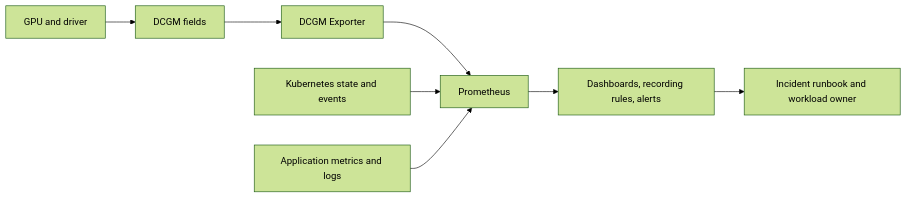
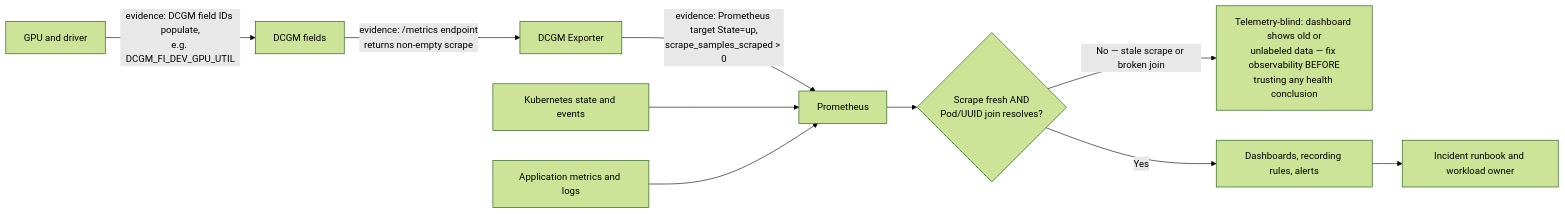
One commit to jithinpnjm/nvidia-devops changed the diagram in docs/nvidia-zero-to-hero/volume-10/chapter-09-gpu-observability-with-dcgm.md. Above: the diagram before and after it, drawn with Mermaid (forest theme). The commit also changed other lines of this file and 10 other files, not shown here.

````diff
--- a/docs/nvidia-zero-to-hero/volume-10/chapter-09-gpu-observability-with-dcgm.md
+++ b/docs/nvidia-zero-to-hero/volume-10/chapter-09-gpu-observability-with-dcgm.md
@@ -26,10 +26,12 @@
 ```mermaid
 flowchart LR
-    GPU[GPU and driver] --> DCGM[DCGM fields]
-    DCGM --> Exporter[DCGM Exporter]
-    Exporter --> Prom[Prometheus]
+    GPU[GPU and driver] -->|"evidence: DCGM field IDs populate,<br/>e.g. DCGM_FI_DEV_GPU_UTIL"| DCGM[DCGM fields]
+    DCGM -->|"evidence: /metrics endpoint<br/>returns non-empty scrape"| Exporter[DCGM Exporter]
+    Exporter -->|"evidence: Prometheus target State=up,<br/>scrape_samples_scraped > 0"| Prom[Prometheus]
     K8s[Kubernetes state and events] --> Prom
     App[Application metrics and logs] --> Prom
-    Prom --> Alert[Dashboards, recording rules, alerts]
+    Prom --> Fresh{"Scrape fresh AND<br/>Pod/UUID join resolves?"}
+    Fresh -->|"No — stale scrape or broken join"| Blind["Telemetry-blind: dashboard shows old or\nunlabeled data — fix observability BEFORE\ntrusting any health conclusion"]
+    Fresh -->|"Yes"| Alert[Dashboards, recording rules, alerts]
     Alert --> Runbook[Incident runbook and workload owner]
 ```
````
